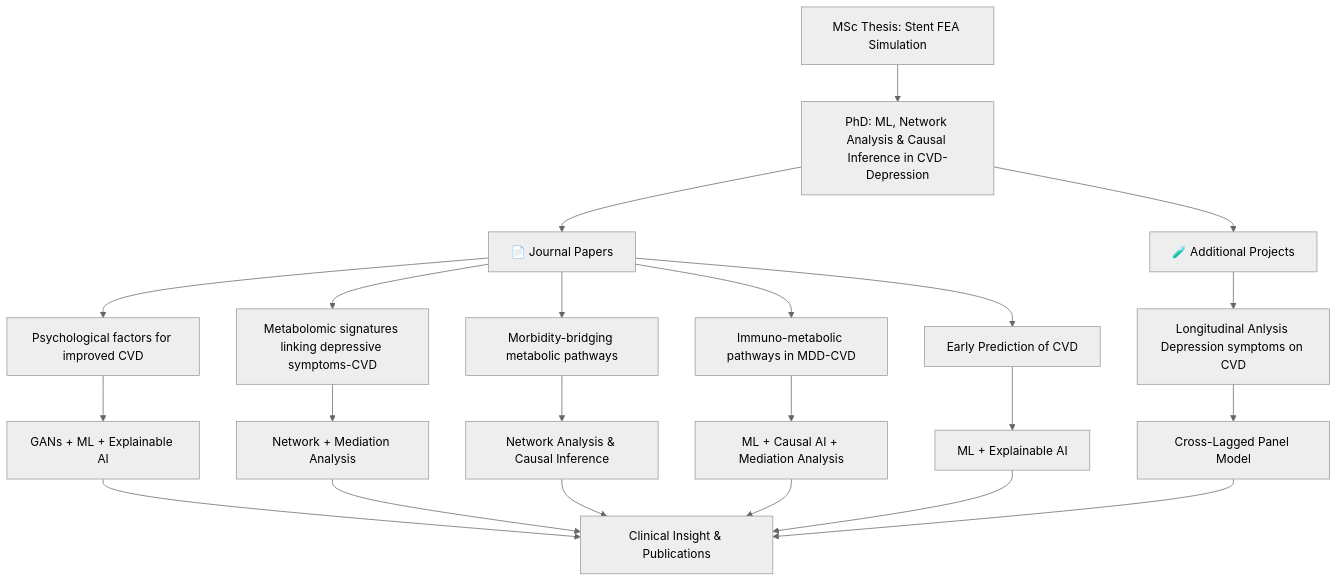
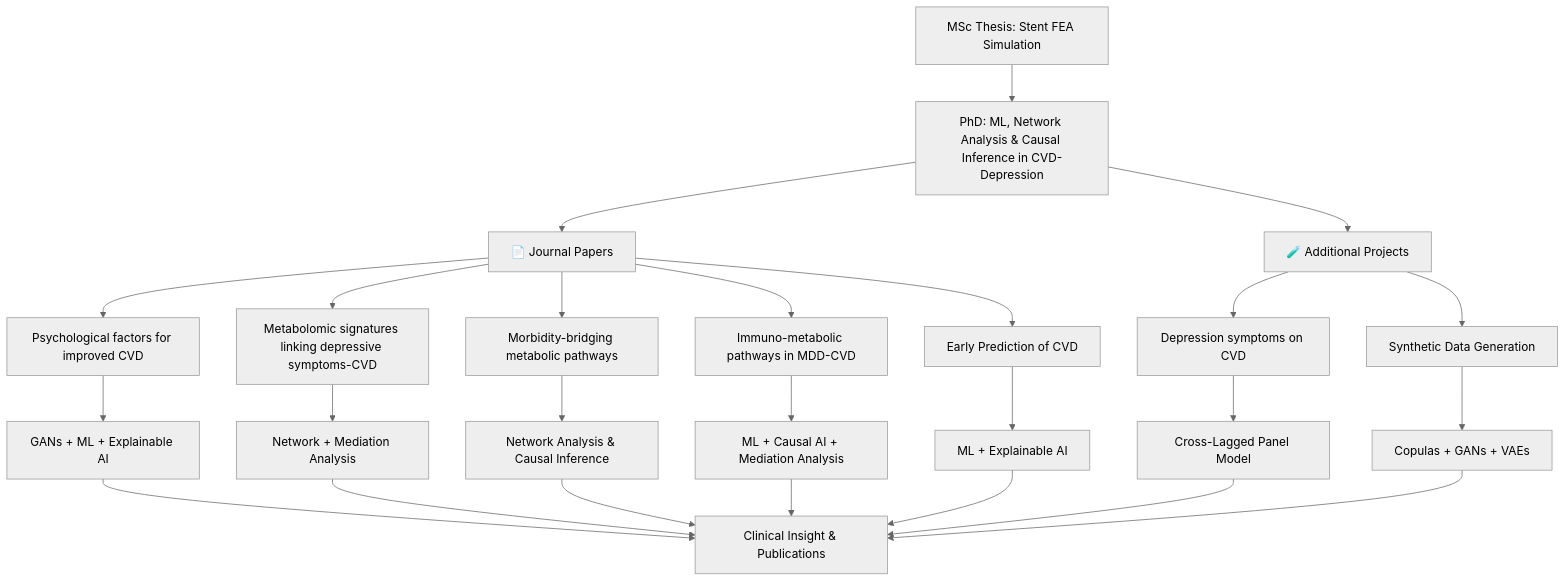
The diagram in README.md (AngelaKoloi/Biomedical-Data-Science-Research), drawn with Mermaid (neutral theme) before and after one commit.

````diff
--- a/README.md
+++ b/README.md
@@ -17,29 +17,34 @@
 ```mermaid
 graph TD
     A[MSc Thesis: Stent FEA Simulation] --> B[PhD: ML, Network Analysis & Causal Inference in CVD-Depression]
 
     B --> JP[📄 Journal Papers]
     B --> AP[🧪 Additional Projects]
 
     JP --> C[Psychological factors for improved CVD]
     JP --> D[Metabolomic signatures linking depressive symptoms-CVD]
     JP --> E[Morbidity-bridging metabolic pathways]
     JP --> F[Immuno-metabolic pathways in MDD-CVD]
     JP --> V[Early Prediction of CVD]
 
     C --> G[GANs + ML + Explainable AI]
     D --> H[Network + Mediation Analysis]
     E --> I[Network Analysis & Causal Inference]
     F --> J[ML + Causal AI + Mediation Analysis]
     V --> M[ML + Explainable AI]
 
     G --> K[Clinical Insight & Publications]
     H --> K
     I --> K
     J --> K
     M --> K
 
-    AP --> L[Longitudinal Anlysis Depression symptoms on CVD]
+    AP --> L[Depression symptoms on CVD]
+    AP --> S[Synthetic Data Generation]
+
     L --> O[Cross-Lagged Panel Model]
+    S --> T[Copulas + GANs + VAEs]
+
     O --> K
+    T --> K
 ```
````
